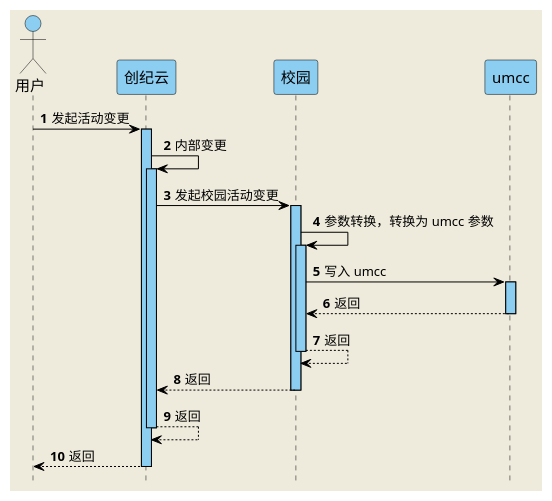
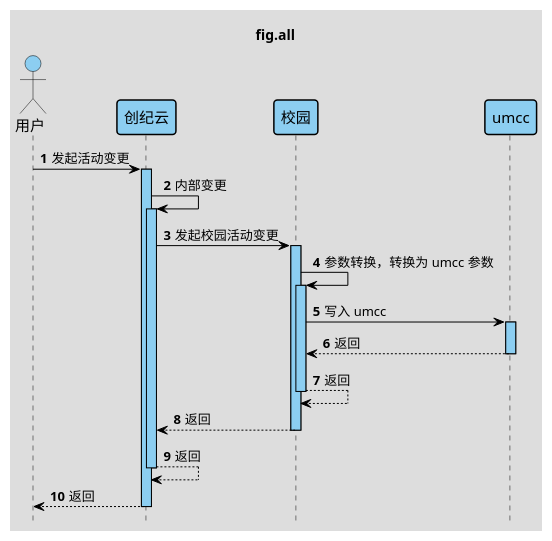
Before and after one commit to xauvlove/uml: the diagram in src/main/resource/天猫校园/营销/赠品/umcc/创纪云和校园的交互流程.puml, drawn with PlantUML. The commit also changed 7 other files, not shown here.

```diff
--- a/src/main/resource/天猫校园/营销/赠品/umcc/创纪云和校园的交互流程.puml
+++ b/src/main/resource/天猫校园/营销/赠品/umcc/创纪云和校园的交互流程.puml
@@ -1,46 +1,47 @@
 @startuml
 'https://plantuml.com/sequence-diagram
 hide footbox
 skinparam backgroundColor #EEEBDC
 autoActivate on
 autonumber
-
+!theme toy
+title fig.all
 skinparam sequence {
 ArrowColor black
 ActorBorderColor black
 LifeLineBorderColor black
 LifeLineBackgroundColor #8CCEF1
 
 ParticipantBorderColor black
 ParticipantBackgroundColor #8CCEF1
 'ParticipantFontName Impact
 ParticipantFontSize 15
 ParticipantFontColor black
 
 ActorBackgroundColor #8CCEF1
 ActorFontColor black
 ActorFontSize 15
 ActorFontName Aapex
 }
 
 actor 用户 as user
 participant 创纪云 as saas
 participant 校园 as tmxy
 participant umcc as umcc
 
 user -> saas : 发起活动变更
 
 saas -> saas : 内部变更
 
 saas -> tmxy : 发起校园活动变更
 
 tmxy -> tmxy : 参数转换，转换为 umcc 参数
 
 tmxy -> umcc : 写入 umcc
 return 返回
 return 返回
 return 返回
 return 返回
 return 返回
 
 @enduml
```
